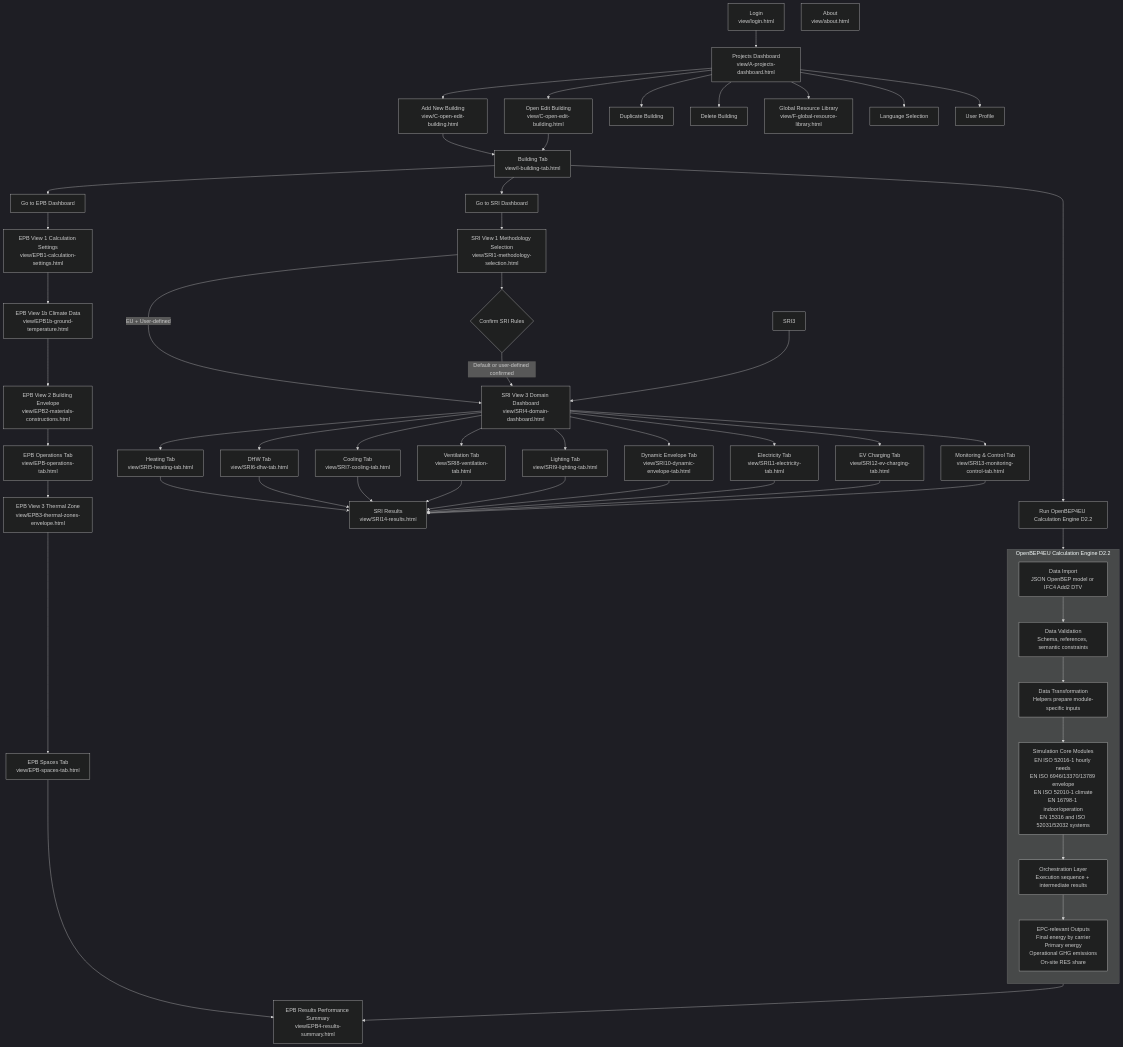
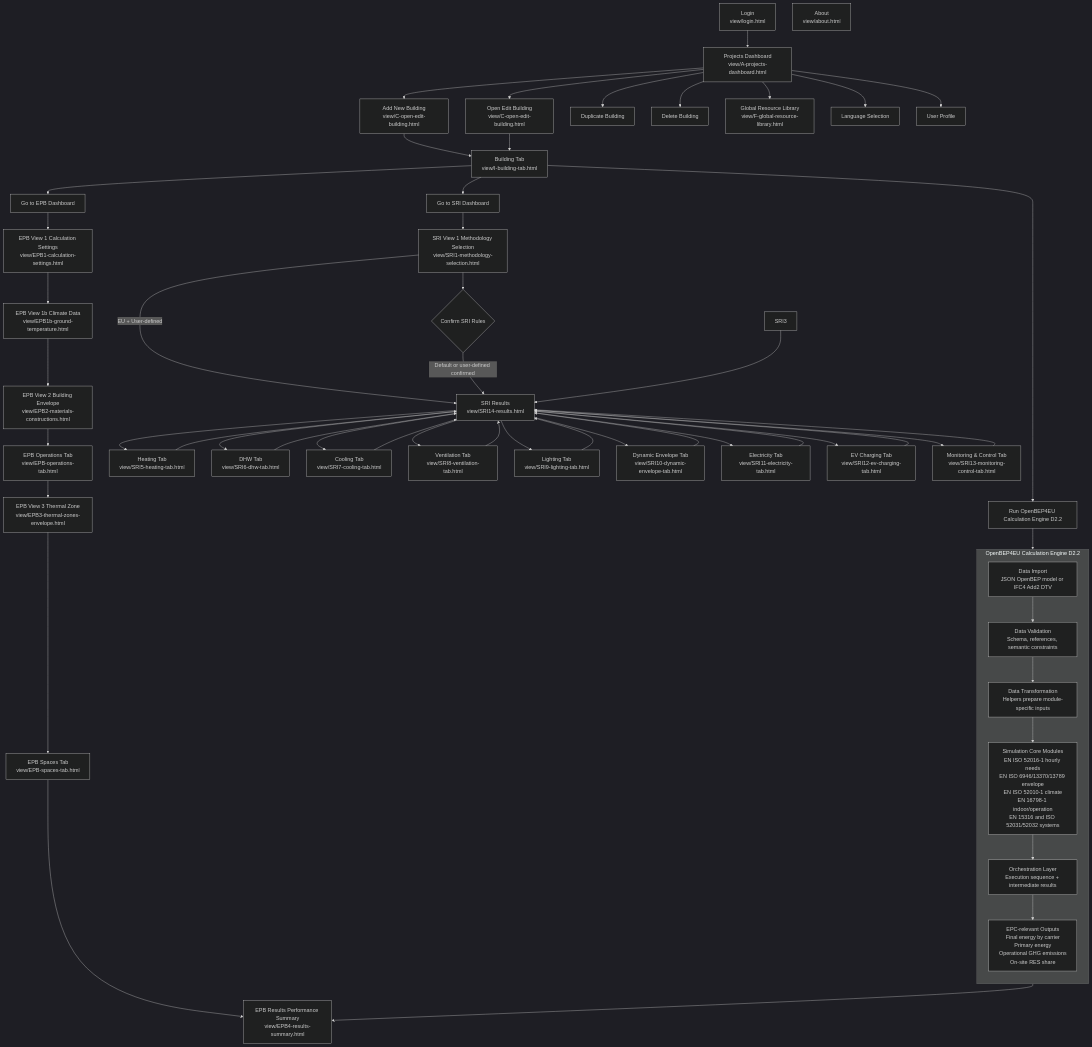
One commit to pantazis/-building-performance-app changed the diagram in links.mmd. Above: the diagram before and after it, drawn with Mermaid (dark theme). The commit also changed 23 other files, not shown here.

```diff
--- a/links.mmd
+++ b/links.mmd
@@ -1,68 +1,68 @@
 flowchart TD
 
 LOGIN[Login\nview/login.html] --> A[Projects Dashboard\nview/A-projects-dashboard.html]
 ABOUT[About\nview/about.html]
 
 A --> B[Add New Building\nview/C-open-edit-building.html]
 A --> C[Open Edit Building\nview/C-open-edit-building.html]
 A --> D[Duplicate Building]
 A --> E[Delete Building]
 A --> F[Global Resource Library\nview/F-global-resource-library.html]
 A --> G[Language Selection]
 A --> H[User Profile]
 
 B --> I[Building Tab\nview/I-building-tab.html]
 C --> I
 
 I --> J[Go to EPB Dashboard]
 I --> K[Go to SRI Dashboard]
 
 J --> EPB1[EPB View 1 Calculation Settings\nview/EPB1-calculation-settings.html]
 EPB1 --> EPB1B[EPB View 1b Climate Data\nview/EPB1b-ground-temperature.html]
 EPB1B --> EPB2[EPB View 2 Building Envelope\nview/EPB2-materials-constructions.html]
 EPB2 --> EPBOPS[EPB Operations Tab\nview/EPB-operations-tab.html]
 EPBOPS --> EPB3[EPB View 3 Thermal Zone\nview/EPB3-thermal-zones-envelope.html]
 EPB3 --> EPBSPACES[EPB Spaces Tab\nview/EPB-spaces-tab.html]
 EPBSPACES --> EPB4[EPB Results Performance Summary\nview/EPB4-results-summary.html]
 
 K --> SRI1[SRI View 1 Methodology Selection\nview/SRI1-methodology-selection.html]
 SRI1 --> SRI2{Confirm SRI Rules}
-SRI1 -->|EU + User-defined| SRI4[SRI View 3 Domain Dashboard\nview/SRI4-domain-dashboard.html]
-SRI2 -->|Default or user-defined confirmed| SRI4[SRI View 3 Domain Dashboard\nview/SRI4-domain-dashboard.html]
-SRI3 --> SRI4
+SRI1 -->|EU + User-defined| SRI14[SRI14 Results\nview/SRI14-results.html]
+SRI2 -->|Default or user-defined confirmed| SRI14[SRI14 Results\nview/SRI14-results.html]
+SRI3 --> SRI14
 
-SRI4 --> SRI5[Heating Tab\nview/SRI5-heating-tab.html]
-SRI4 --> SRI6[DHW Tab\nview/SRI6-dhw-tab.html]
-SRI4 --> SRI7[Cooling Tab\nview/SRI7-cooling-tab.html]
-SRI4 --> SRI8[Ventilation Tab\nview/SRI8-ventilation-tab.html]
-SRI4 --> SRI9[Lighting Tab\nview/SRI9-lighting-tab.html]
-SRI4 --> SRI10[Dynamic Envelope Tab\nview/SRI10-dynamic-envelope-tab.html]
-SRI4 --> SRI11[Electricity Tab\nview/SRI11-electricity-tab.html]
-SRI4 --> SRI12[EV Charging Tab\nview/SRI12-ev-charging-tab.html]
-SRI4 --> SRI13[Monitoring & Control Tab\nview/SRI13-monitoring-control-tab.html]
+SRI14 --> SRI5[Heating Tab\nview/SRI5-heating-tab.html]
+SRI14 --> SRI6[DHW Tab\nview/SRI6-dhw-tab.html]
+SRI14 --> SRI7[Cooling Tab\nview/SRI7-cooling-tab.html]
+SRI14 --> SRI8[Ventilation Tab\nview/SRI8-ventilation-tab.html]
+SRI14 --> SRI9[Lighting Tab\nview/SRI9-lighting-tab.html]
+SRI14 --> SRI10[Dynamic Envelope Tab\nview/SRI10-dynamic-envelope-tab.html]
+SRI14 --> SRI11[Electricity Tab\nview/SRI11-electricity-tab.html]
+SRI14 --> SRI12[EV Charging Tab\nview/SRI12-ev-charging-tab.html]
+SRI14 --> SRI13[Monitoring & Control Tab\nview/SRI13-monitoring-control-tab.html]
 
 SRI5 --> SRI14[SRI Results\nview/SRI14-results.html]
 SRI6 --> SRI14
 SRI7 --> SRI14
 SRI8 --> SRI14
 SRI9 --> SRI14
 SRI10 --> SRI14
 SRI11 --> SRI14
 SRI12 --> SRI14
 SRI13 --> SRI14
 
 %% D2.2 Advanced EU Kernel EPC Engine integration
 I --> CE0[Run OpenBEP4EU Calculation Engine D2.2]
 
 subgraph CE[OpenBEP4EU Calculation Engine D2.2]
 direction TB
 CE1[Data Import\nJSON OpenBEP model or IFC4 Add2 DTV]
 CE2[Data Validation\nSchema, references, semantic constraints]
 CE3[Data Transformation\nHelpers prepare module-specific inputs]
 CE4[Simulation Core Modules\nEN ISO 52016-1 hourly needs\nEN ISO 6946/13370/13789 envelope\nEN ISO 52010-1 climate\nEN 16798-1 indoor/operation\nEN 15316 and ISO 52031/52032 systems]
 CE5[Orchestration Layer\nExecution sequence + intermediate results]
 CE6[EPC-relevant Outputs\nFinal energy by carrier\nPrimary energy\nOperational GHG emissions\nOn-site RES share]
 end
 
 CE0 --> CE1 --> CE2 --> CE3 --> CE4 --> CE5 --> CE6
 CE6 --> EPB4
```
